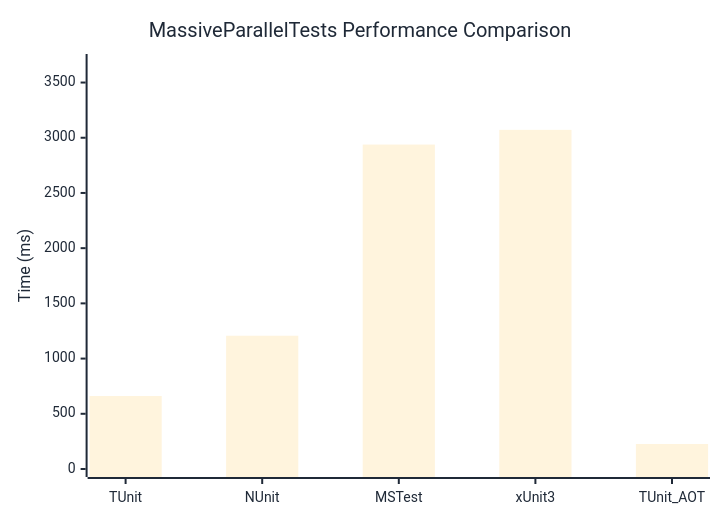
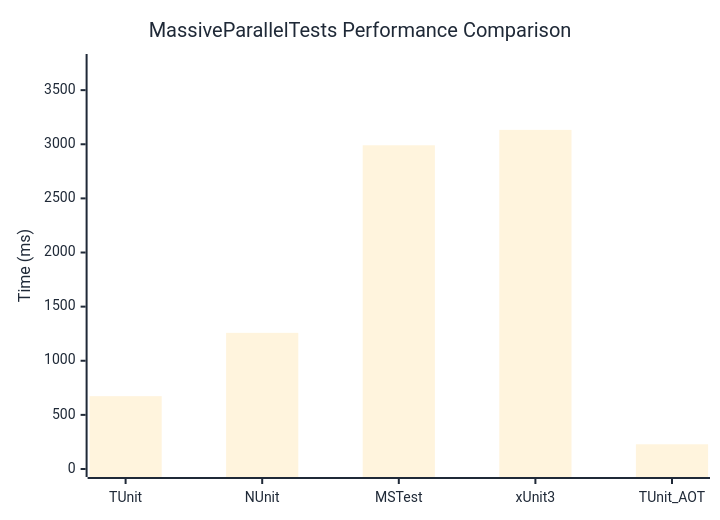
One commit to thomhurst/TUnit changed the diagram in docs/docs/benchmarks/MassiveParallelTests.md. Above: the diagram before and after it, drawn with Mermaid. The commit also changed other lines of this file and 17 other files, not shown here.

````diff
--- a/docs/docs/benchmarks/MassiveParallelTests.md
+++ b/docs/docs/benchmarks/MassiveParallelTests.md
@@ -27,37 +27,37 @@
 ```mermaid
 %%{init: {
   'theme':'base',
   'themeVariables': {
     'primaryColor': '#2563eb',
     'primaryTextColor': '#1f2937',
     'primaryBorderColor': '#1e40af',
     'lineColor': '#6b7280',
     'secondaryColor': '#7c3aed',
     'tertiaryColor': '#dc2626',
     'background': '#ffffff',
     'mainBkg': '#2563eb',
     'secondBkg': '#7c3aed',
     'tertiaryBkg': '#dc2626',
     'clusterBkg': '#f3f4f6',
     'edgeLabelBackground': '#ffffff',
     'tertiaryTextColor': '#1f2937',
     'pie1': '#2563eb',
     'pie2': '#7c3aed',
     'pie3': '#dc2626',
     'pie4': '#f59e0b',
     'pie5': '#10b981',
     'pie6': '#06b6d4',
     'pie7': '#ec4899',
     'pie8': '#6366f1',
     'pie9': '#84cc16',
     'pie10': '#f97316',
     'pie11': '#14b8a6',
     'pie12': '#a855f7'
   }
 }}%%
 xychart-beta
   title "MassiveParallelTests Performance Comparison"
   x-axis ["TUnit", "NUnit", "MSTest", "xUnit3", "TUnit_AOT"]
-  y-axis "Time (ms)" 0 --> 3686
-  bar [660.9, 1207, 2938.2, 3071.6, 226.5]
+  y-axis "Time (ms)" 0 --> 3760
+  bar [673, 1257.8, 2990.7, 3132.9, 228.5]
 ```
````
